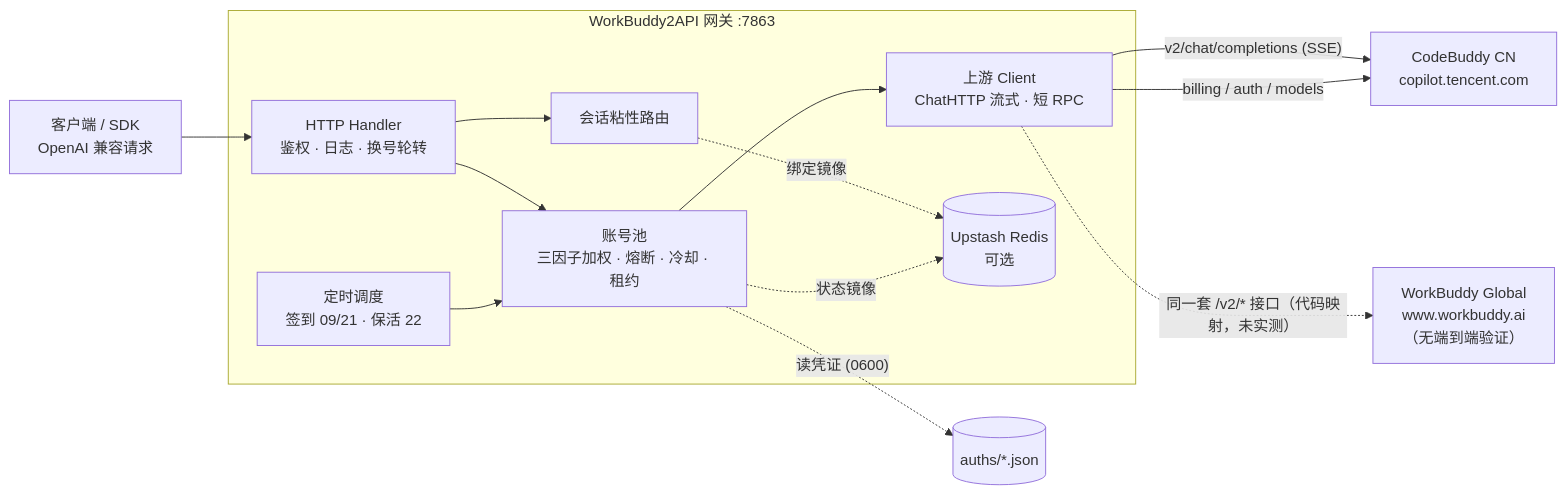
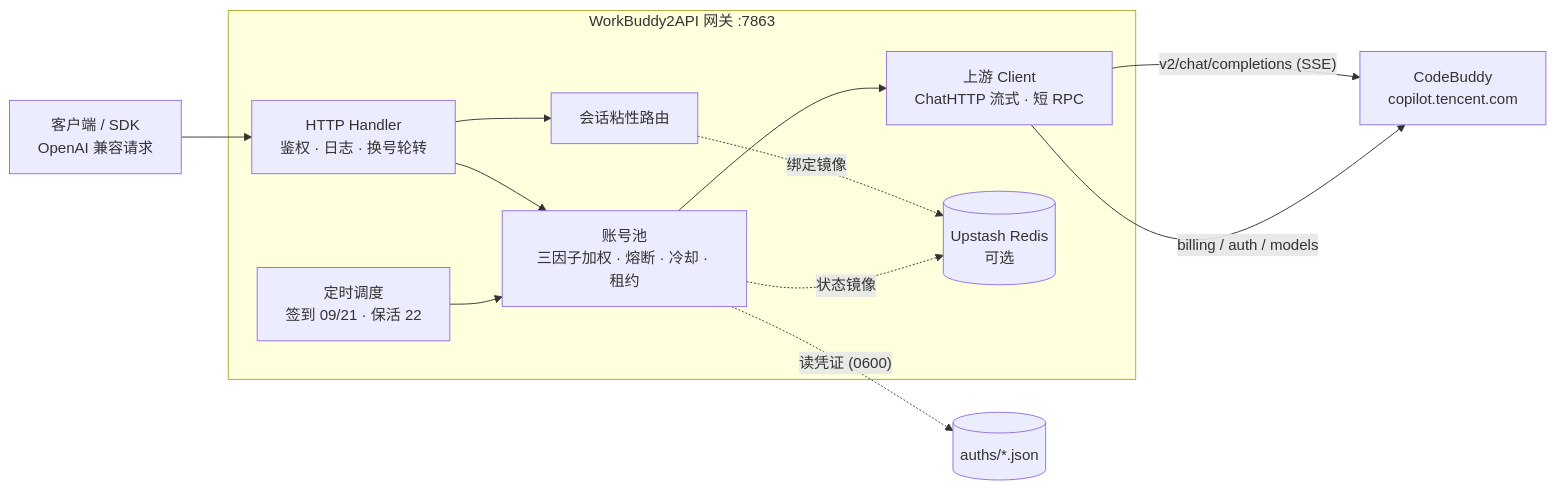
One commit to aaliang319-source/workbuddy2apinew changed the diagram in README.md. Above: the diagram before and after it, drawn with Mermaid. The commit also changed other lines of this file, not shown here.

Commit message:
docs(README): 移除 global/region 表述与出处附录，精简冗余说明

````diff
--- a/README.md
+++ b/README.md
@@ -50,19 +48,18 @@
 ```mermaid
 flowchart LR
     Client["客户端 / SDK\nOpenAI 兼容请求"] --> H
 
     subgraph GWI["WorkBuddy2API 网关 :7863"]
         H["HTTP Handler\n鉴权 · 日志 · 换号轮转"] --> P
         H --> S
         P["账号池\n三因子加权 · 熔断 · 冷却 · 租约"] --> U
         S["会话粘性路由"] -.绑定镜像.-> REDIS
         T["定时调度\n签到 09/21 · 保活 22"] --> P
         U["上游 Client\nChatHTTP 流式 · 短 RPC"]
     end
 
     P -. "读凭证 (0600)" .-> AUTH[("auths/*.json")]
     P -. "状态镜像" .-> REDIS[("Upstash Redis\n可选")]
-    U -->|"v2/chat/completions (SSE)"| CB["CodeBuddy CN\ncopilot.tencent.com"]
+    U -->|"v2/chat/completions (SSE)"| CB["CodeBuddy\ncopilot.tencent.com"]
     U -->|"billing / auth / models"| CB
-    U -.->|"同一套 /v2/* 接口（代码映射，未实测）"| WB["WorkBuddy Global\nwww.workbuddy.ai\n（无端到端验证）"]
 ```
````
